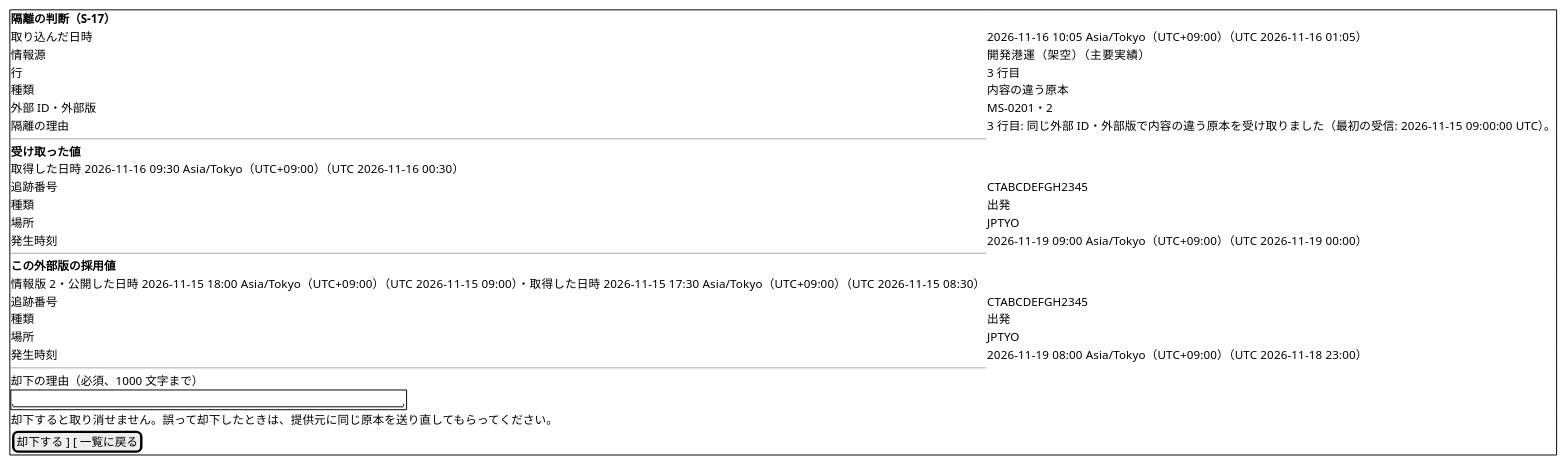
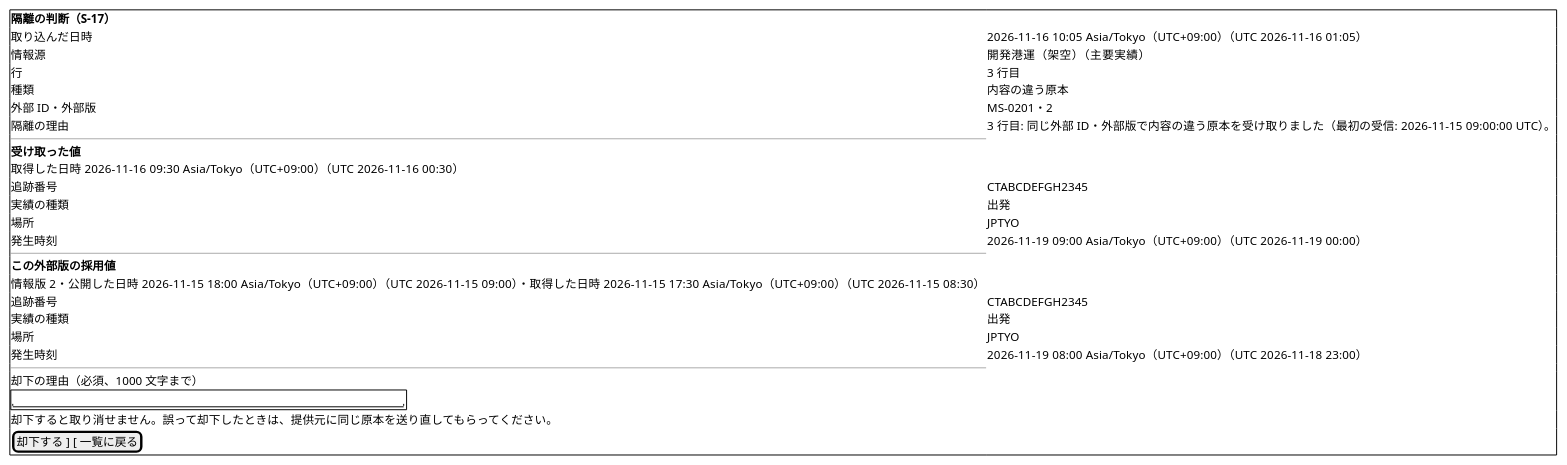
Before and after one commit to k2works/practical-domain-driven-design-in-enterpris-application: the first of 3 diagrams in docs/development/cargo-tracker/bolt_39d3c_plan.md, drawn with PlantUML. The commit also changed other lines of this file and 1 other file, not shown here.

````diff
--- a/docs/development/cargo-tracker/bolt_39d3c_plan.md
+++ b/docs/development/cargo-tracker/bolt_39d3c_plan.md
@@ -221,32 +236,32 @@
 ```plantuml
 @startsalt
 {+
   <b>隔離の判断（S-17）
   取り込んだ日時 | 2026-11-16 10:05 Asia/Tokyo（UTC+09:00）（UTC 2026-11-16 01:05）
   情報源 | 開発港運（架空）（主要実績）
   行 | 3 行目
   種類 | 内容の違う原本
   外部 ID・外部版 | MS-0201・2
   隔離の理由 | 3 行目: 同じ外部 ID・外部版で内容の違う原本を受け取りました（最初の受信: 2026-11-15 09:00:00 UTC）。
   --
   <b>受け取った値
   取得した日時 2026-11-16 09:30 Asia/Tokyo（UTC+09:00）（UTC 2026-11-16 00:30）
   追跡番号 | CTABCDEFGH2345
-  種類 | 出発
+  実績の種類 | 出発
   場所 | JPTYO
   発生時刻 | 2026-11-19 09:00 Asia/Tokyo（UTC+09:00）（UTC 2026-11-19 00:00）
   --
   <b>この外部版の採用値
   情報版 2・公開した日時 2026-11-15 18:00 Asia/Tokyo（UTC+09:00）（UTC 2026-11-15 09:00）・取得した日時 2026-11-15 17:30 Asia/Tokyo（UTC+09:00）（UTC 2026-11-15 08:30）
   追跡番号 | CTABCDEFGH2345
-  種類 | 出発
+  実績の種類 | 出発
   場所 | JPTYO
   発生時刻 | 2026-11-19 08:00 Asia/Tokyo（UTC+09:00）（UTC 2026-11-18 23:00）
   --
   却下の理由（必須、1000 文字まで）
   {+ "                                                  " }
   却下すると取り消せません。誤って却下したときは、提供元に同じ原本を送り直してもらってください。
   [ 却下する ] [ 一覧に戻る ]
 }
 @endsalt
 ```
````
